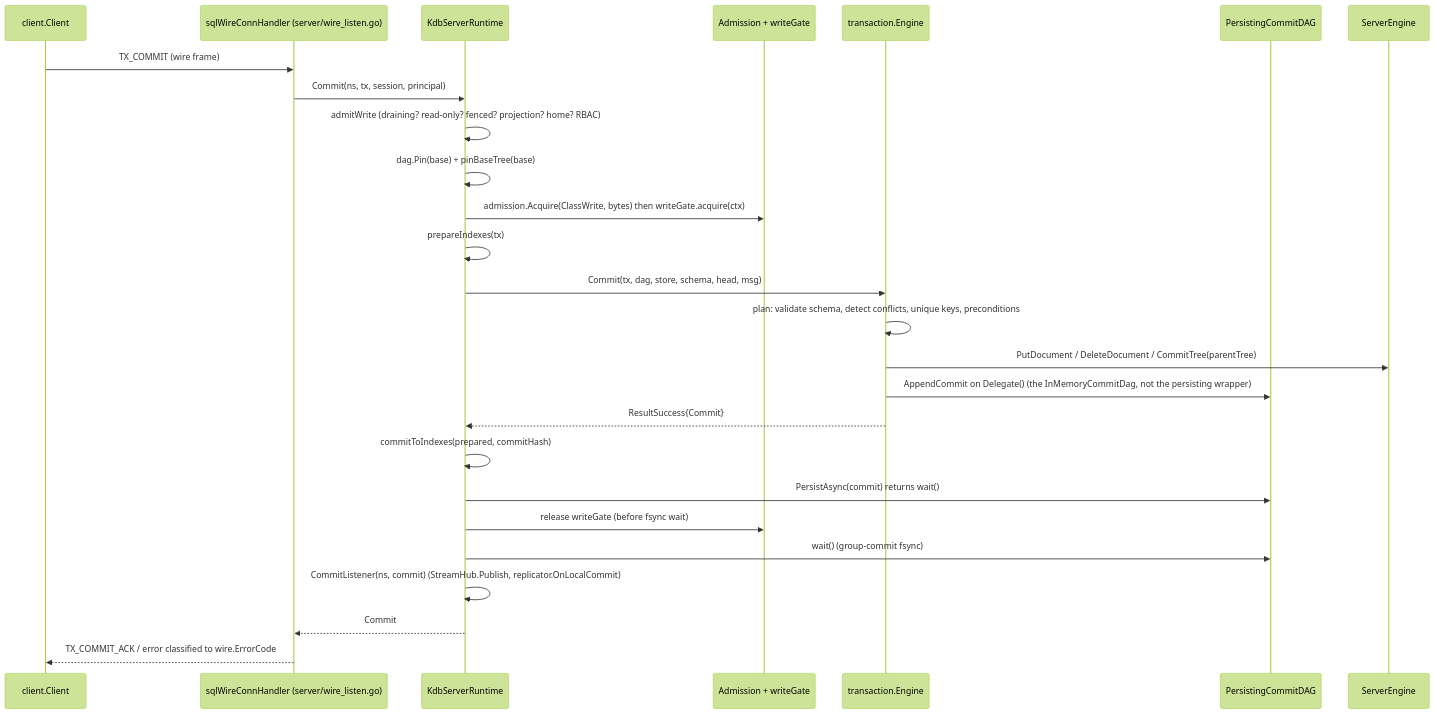
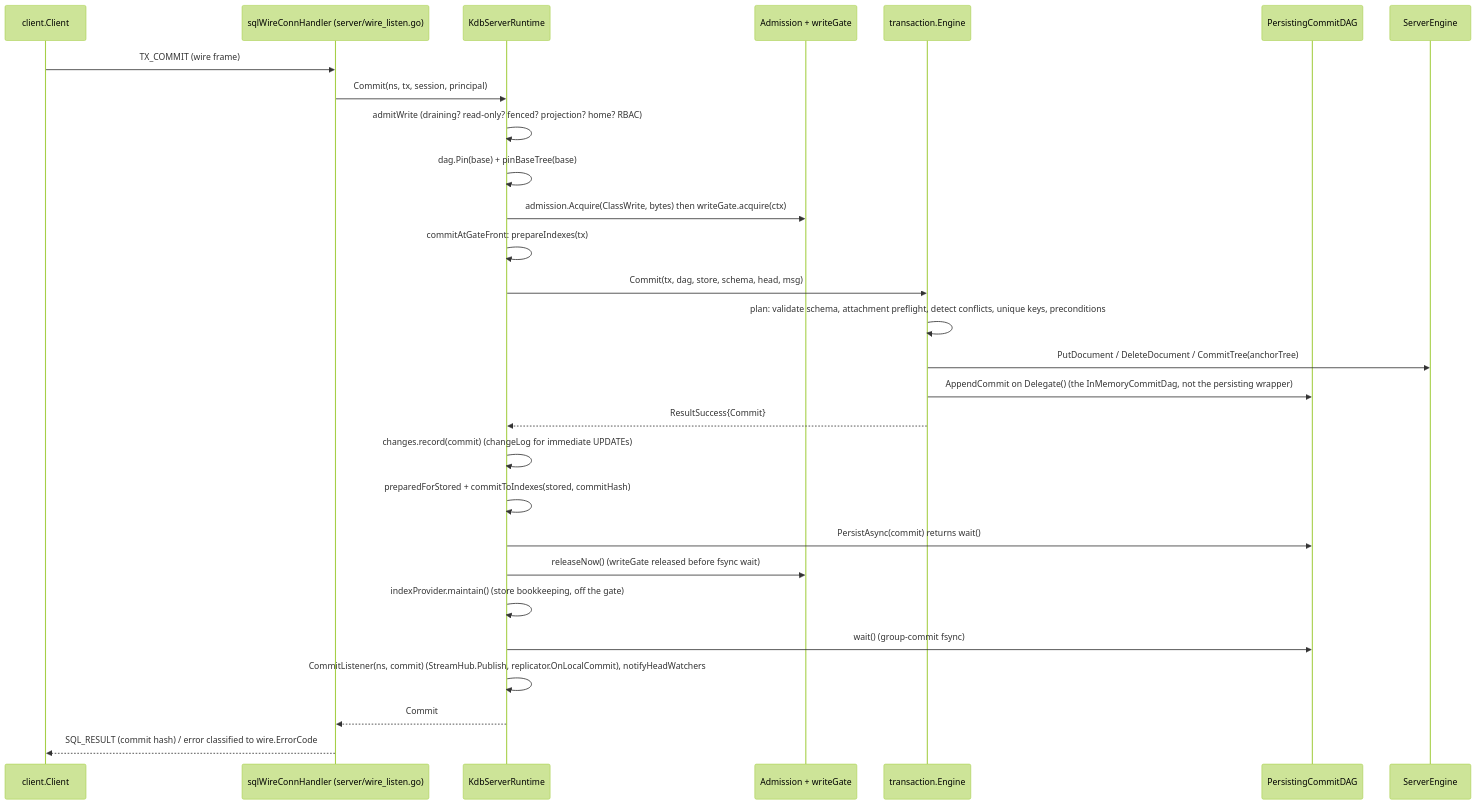
One commit to dbeasty/kdb changed the third of 13 diagrams in docs/kdb-class-design.md. Above: the diagram before and after it, drawn with Mermaid (forest theme). The commit also changed other lines of this file and 36 other files, not shown here.

First line of the commit message:
docs: refresh class design and flows against main of 2026-10-23

````diff
--- a/docs/kdb-class-design.md
+++ b/docs/kdb-class-design.md
@@ -215,28 +267,30 @@
 ```mermaid
 sequenceDiagram
   participant C as client.Client
   participant H as sqlWireConnHandler (server/wire_listen.go)
   participant R as KdbServerRuntime
   participant A as Admission + writeGate
   participant T as transaction.Engine
   participant D as PersistingCommitDAG
   participant S as ServerEngine
   C->>H: TX_COMMIT (wire frame)
   H->>R: Commit(ns, tx, session, principal)
   R->>R: admitWrite (draining? read-only? fenced? projection? home? RBAC)
   R->>R: dag.Pin(base) + pinBaseTree(base)
   R->>A: admission.Acquire(ClassWrite, bytes) then writeGate.acquire(ctx)
-  R->>R: prepareIndexes(tx)
+  R->>R: commitAtGateFront: prepareIndexes(tx)
   R->>T: Commit(tx, dag, store, schema, head, msg)
-  T->>T: plan: validate schema, detect conflicts, unique keys, preconditions
-  T->>S: PutDocument / DeleteDocument / CommitTree(parentTree)
+  T->>T: plan: validate schema, attachment preflight, detect conflicts, unique keys, preconditions
+  T->>S: PutDocument / DeleteDocument / CommitTree(anchorTree)
   T->>D: AppendCommit on Delegate() (the InMemoryCommitDag, not the persisting wrapper)
   T-->>R: ResultSuccess{Commit}
-  R->>R: commitToIndexes(prepared, commitHash)
+  R->>R: changes.record(commit) (changeLog for immediate UPDATEs)
+  R->>R: preparedForStored + commitToIndexes(stored, commitHash)
   R->>D: PersistAsync(commit) returns wait()
-  R->>A: release writeGate (before fsync wait)
+  R->>A: releaseNow() (writeGate released before fsync wait)
+  R->>R: indexProvider.maintain() (store bookkeeping, off the gate)
   R->>D: wait() (group-commit fsync)
-  R->>R: CommitListener(ns, commit) (StreamHub.Publish, replicator.OnLocalCommit)
+  R->>R: CommitListener(ns, commit) (StreamHub.Publish, replicator.OnLocalCommit), notifyHeadWatchers
   R-->>H: Commit
-  H-->>C: TX_COMMIT_ACK / error classified to wire.ErrorCode
+  H-->>C: SQL_RESULT (commit hash) / error classified to wire.ErrorCode
 ```
````
